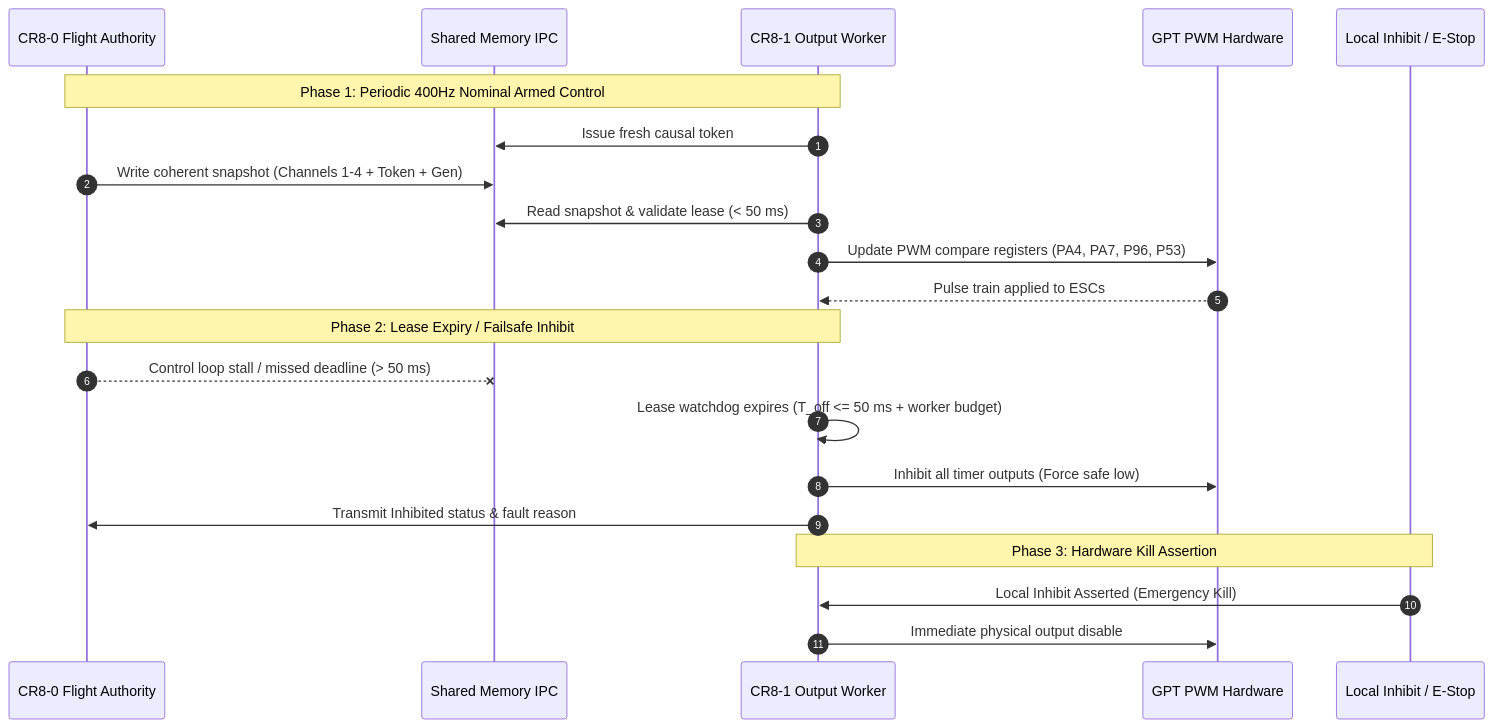
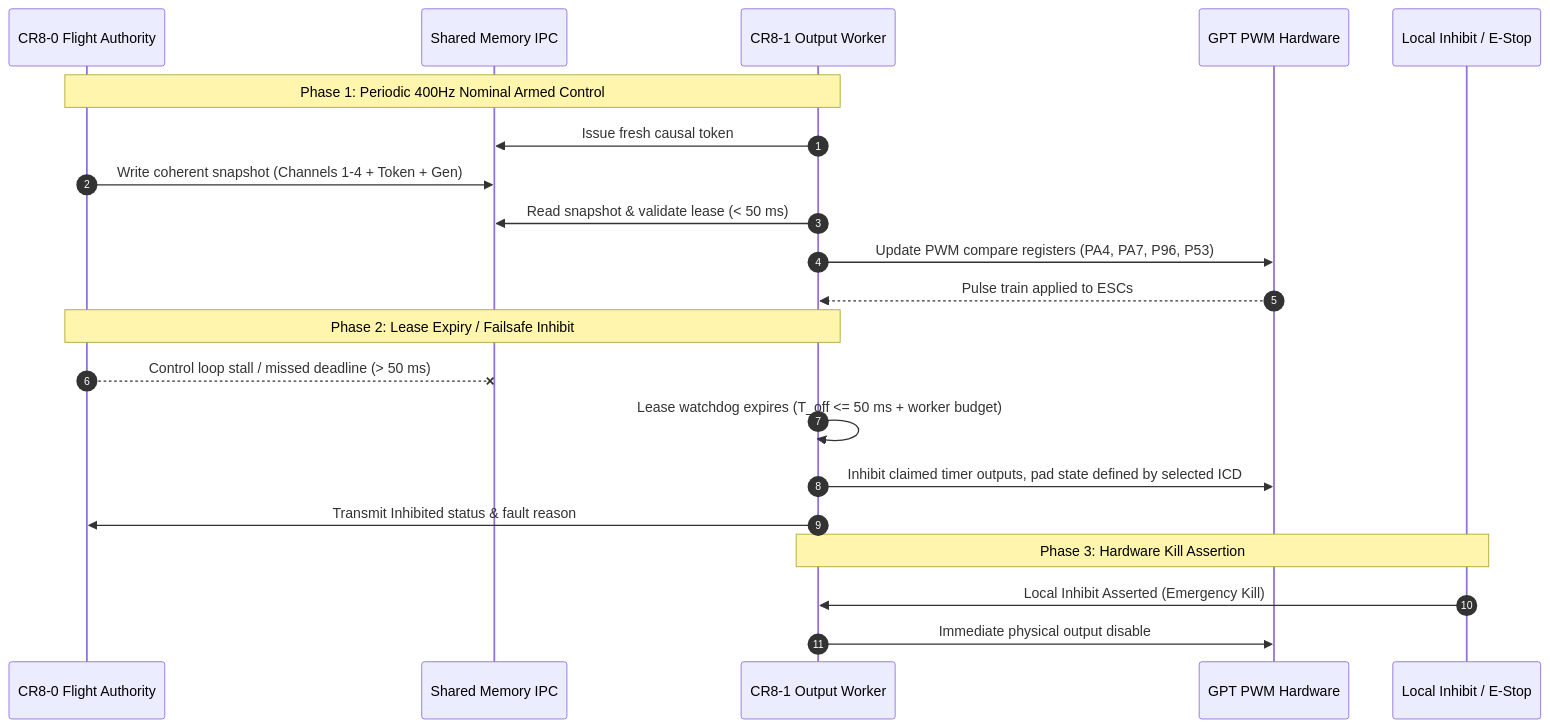
The third of 3 diagrams in docs/renesas/marketing/rzv2h-demo-actuator-safety-spec.md (nguyentri/PX4-Autopilot), drawn with Mermaid before and after one commit. The commit also changed other lines of this file and 14 other files, not shown here.

````diff
--- a/docs/renesas/marketing/rzv2h-demo-actuator-safety-spec.md
+++ b/docs/renesas/marketing/rzv2h-demo-actuator-safety-spec.md
@@ -119,26 +119,26 @@
 ```mermaid
 sequenceDiagram
     autonumber
     participant CR8_0 as CR8-0 Flight Authority
     participant IPC as Shared Memory IPC
     participant CR8_1 as CR8-1 Output Worker
     participant GPT as GPT PWM Hardware
     participant Kill as Local Inhibit / E-Stop
 
     Note over CR8_0,CR8_1: Phase 1: Periodic 400Hz Nominal Armed Control
     CR8_1->>IPC: Issue fresh causal token
     CR8_0->>IPC: Write coherent snapshot (Channels 1-4 + Token + Gen)
     CR8_1->>IPC: Read snapshot & validate lease (< 50 ms)
     CR8_1->>GPT: Update PWM compare registers (PA4, PA7, P96, P53)
     GPT-->>CR8_1: Pulse train applied to ESCs
 
     Note over CR8_0,CR8_1: Phase 2: Lease Expiry / Failsafe Inhibit
     CR8_0--xIPC: Control loop stall / missed deadline (> 50 ms)
     CR8_1->>CR8_1: Lease watchdog expires (T_off <= 50 ms + worker budget)
-    CR8_1->>GPT: Inhibit all timer outputs (Force safe low)
+    CR8_1->>GPT: Inhibit claimed timer outputs, pad state defined by selected ICD
     CR8_1->>CR8_0: Transmit Inhibited status & fault reason
 
     Note over CR8_1,Kill: Phase 3: Hardware Kill Assertion
     Kill->>CR8_1: Local Inhibit Asserted (Emergency Kill)
     CR8_1->>GPT: Immediate physical output disable
 ```
````
